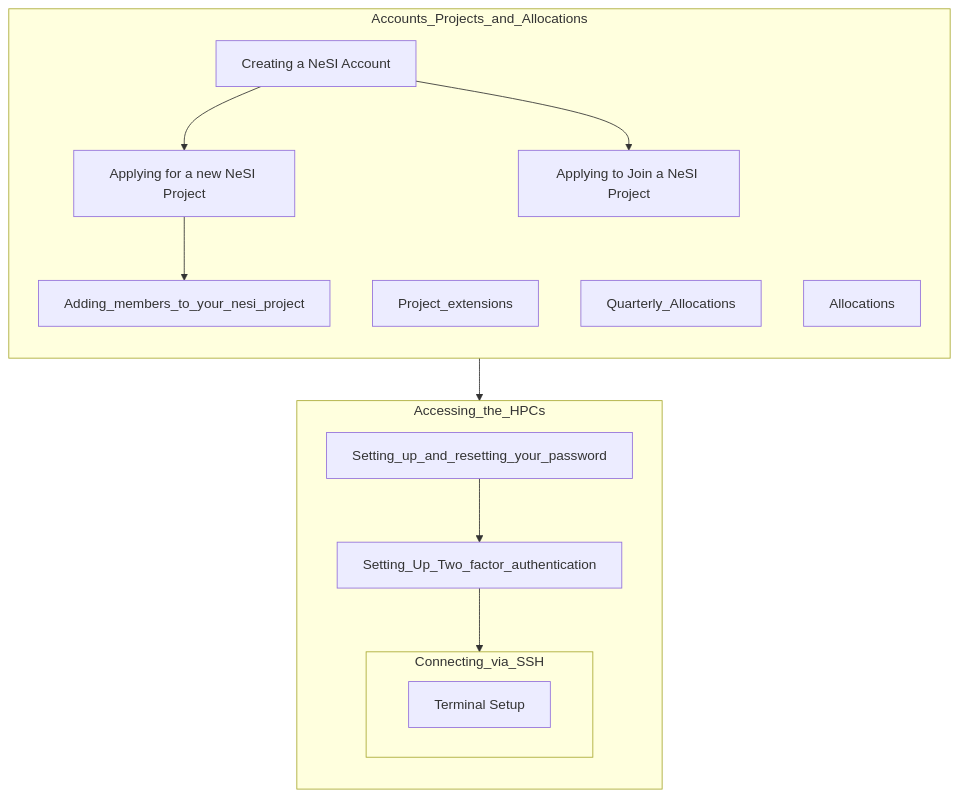
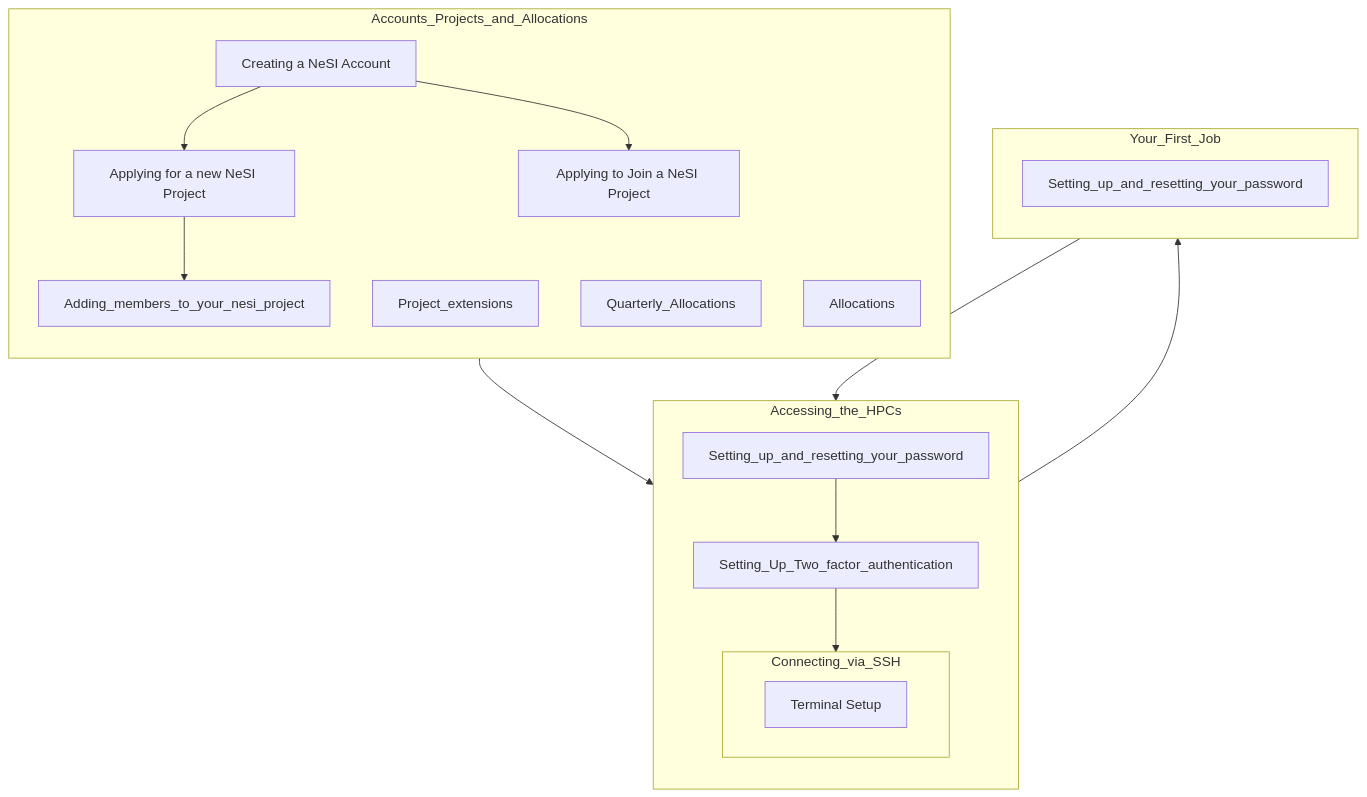
The diagram in docs/Getting_Started/getting_started_flow.md (nesi/support-docs), drawn with Mermaid before and after one commit. The commit also changed 32 other files, not shown here.

````diff
--- a/docs/Getting_Started/getting_started_flow.md
+++ b/docs/Getting_Started/getting_started_flow.md
@@ -7,24 +7,30 @@
 ```mermaid
 graph TB
 subgraph A[Accounts_Projects_and_Allocations]
     direction TB
     AA[Creating a NeSI Account] 
     AA-->AB[Applying for a new NeSI Project]
     AA-->AC[Applying to Join a NeSI Project]
     AB --> AD[Adding_members_to_your_nesi_project] 
     AF[Project_extensions]
     AG[Quarterly_Allocations]
     AE[Allocations]
 end
 subgraph B[Accessing_the_HPCs]
     direction TB
     BA[Setting_up_and_resetting_your_password]
     BA-->BB[Setting_Up_Two_factor_authentication]
     BB --> BC
     subgraph BC[Connecting_via_SSH]
         BCA[Terminal Setup] 
     end
 end
+subgraph C[Your_First_Job]
+    direction TB
+    CA[Setting_up_and_resetting_your_password]
+    CA-->BB[Setting_Up_Two_factor_authentication]
+end
 A --> B
+B --> C
 
 ```
````
